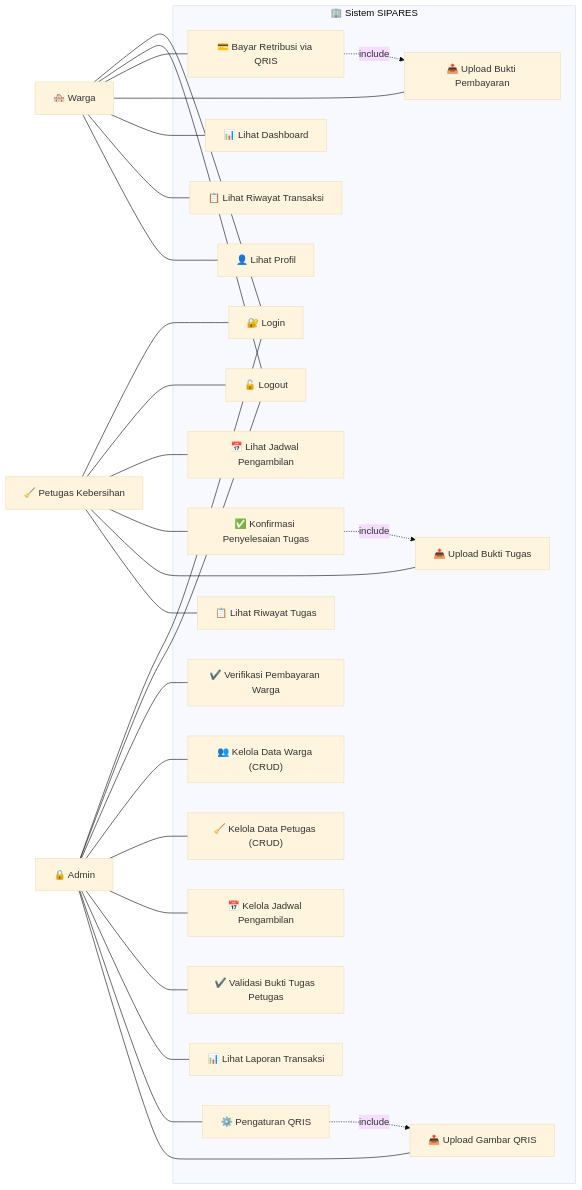
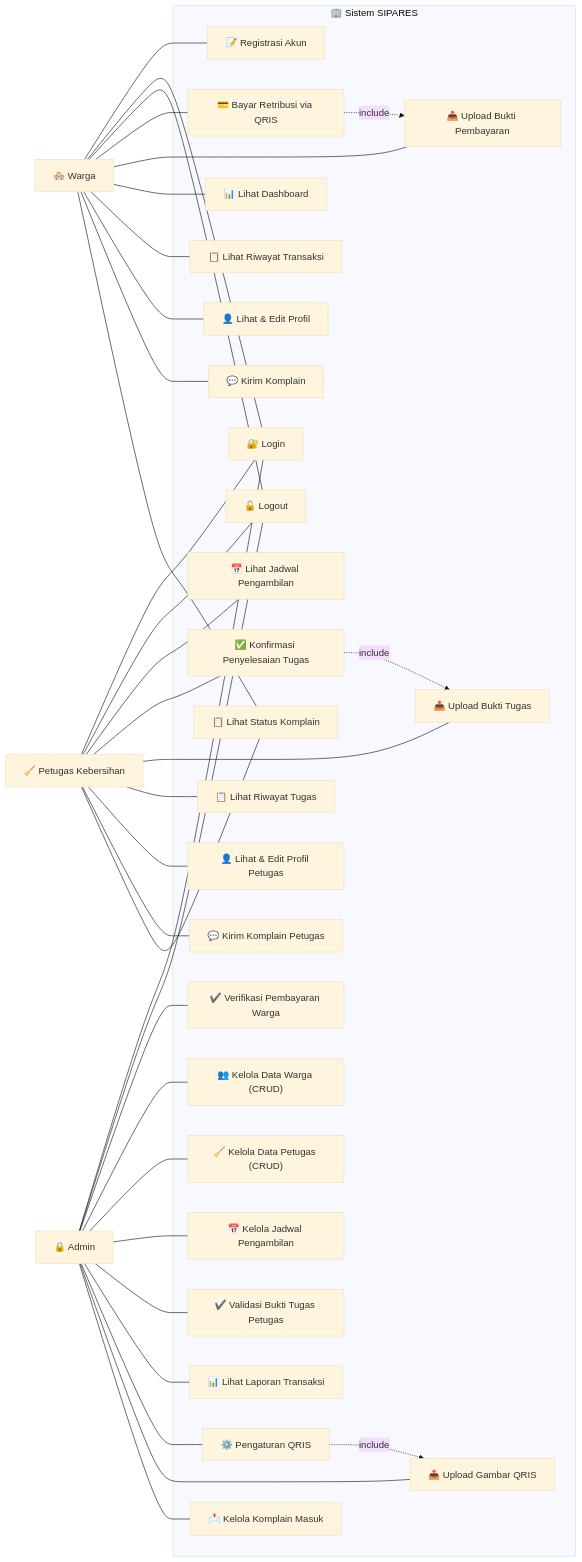
The first of 19 diagrams in dokumentasi/UML_SIPARES.md (Aflah88/SIPARES-V.1.0), drawn with Mermaid (base theme) before and after one commit. The commit also changed other lines of this file and 15 other files, not shown here.

````diff
--- a/dokumentasi/UML_SIPARES.md
+++ b/dokumentasi/UML_SIPARES.md
@@ -9,58 +9,71 @@
 ```mermaid
 graph LR
     subgraph SIPARES["🏢 Sistem SIPARES"]
         UC1["🔐 Login"]
         UC2["🔓 Logout"]
+        UC20["📝 Registrasi Akun"]
         UC3["💳 Bayar Retribusi via QRIS"]
         UC4["📤 Upload Bukti Pembayaran"]
         UC5["📊 Lihat Dashboard"]
         UC6["📋 Lihat Riwayat Transaksi"]
-        UC7["👤 Lihat Profil"]
+        UC7["👤 Lihat & Edit Profil"]
+        UC21["💬 Kirim Komplain"]
+        UC22["📋 Lihat Status Komplain"]
         UC8["📅 Lihat Jadwal Pengambilan"]
         UC9["✅ Konfirmasi Penyelesaian Tugas"]
         UC10["📤 Upload Bukti Tugas"]
         UC11["📋 Lihat Riwayat Tugas"]
+        UC23["👤 Lihat & Edit Profil Petugas"]
+        UC24["💬 Kirim Komplain Petugas"]
         UC12["✔️ Verifikasi Pembayaran Warga"]
         UC13["👥 Kelola Data Warga (CRUD)"]
         UC14["🧹 Kelola Data Petugas (CRUD)"]
         UC15["📅 Kelola Jadwal Pengambilan"]
         UC16["✔️ Validasi Bukti Tugas Petugas"]
         UC17["📊 Lihat Laporan Transaksi"]
         UC18["⚙️ Pengaturan QRIS"]
         UC19["📤 Upload Gambar QRIS"]
+        UC25["📩 Kelola Komplain Masuk"]
     end
 
     W["🏘️ Warga"]
     P["🧹 Petugas Kebersihan"]
     A["🔒 Admin"]
 
+    W --- UC20
     W --- UC1
     W --- UC2
     W --- UC3
     W --- UC4
     W --- UC5
     W --- UC6
     W --- UC7
+    W --- UC21
+    W --- UC22
 
     P --- UC1
     P --- UC2
     P --- UC8
     P --- UC9
     P --- UC10
     P --- UC11
+    P --- UC23
+    P --- UC24
+    P --- UC22
 
     A --- UC1
     A --- UC2
     A --- UC12
     A --- UC13
     A --- UC14
     A --- UC15
     A --- UC16
     A --- UC17
     A --- UC18
     A --- UC19
+    A --- UC25
 
     UC3 -.->|include| UC4
     UC9 -.->|include| UC10
     UC18 -.->|include| UC19
 ```
````
